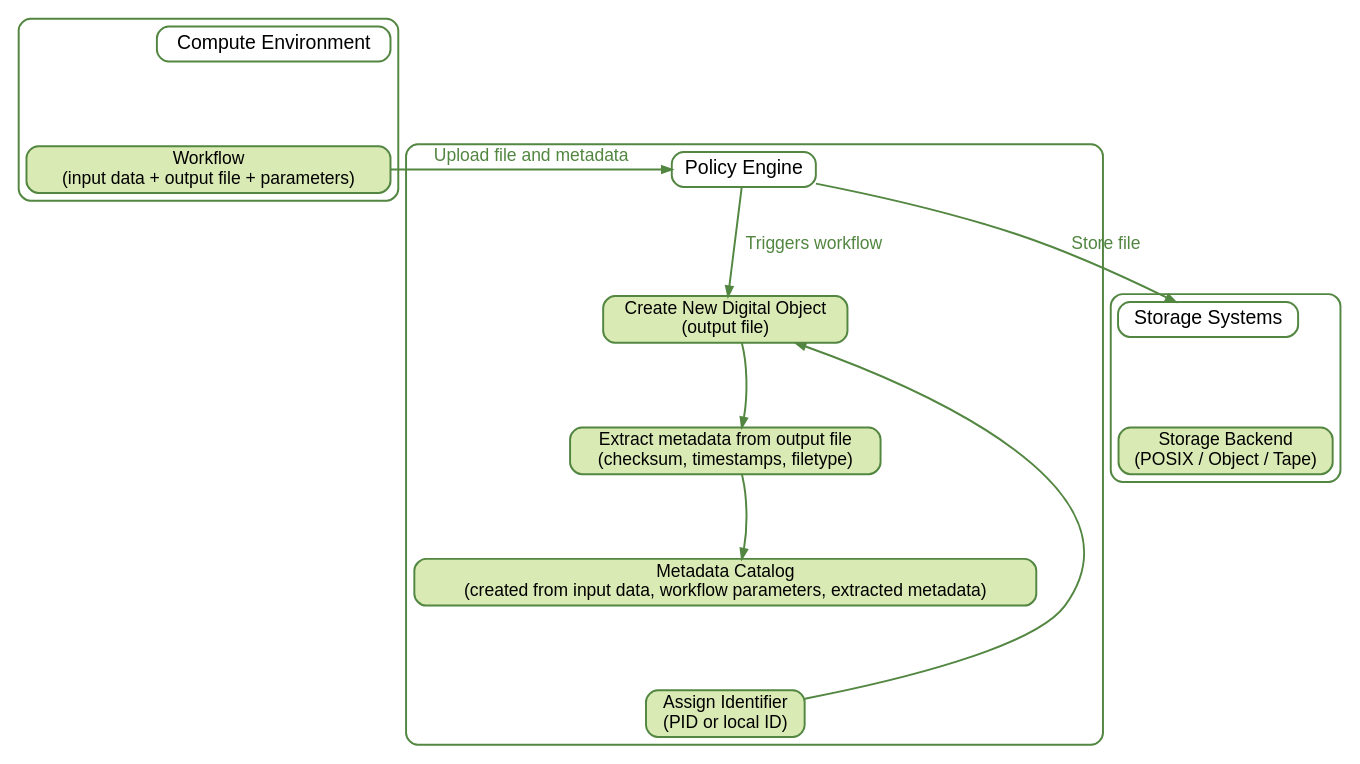
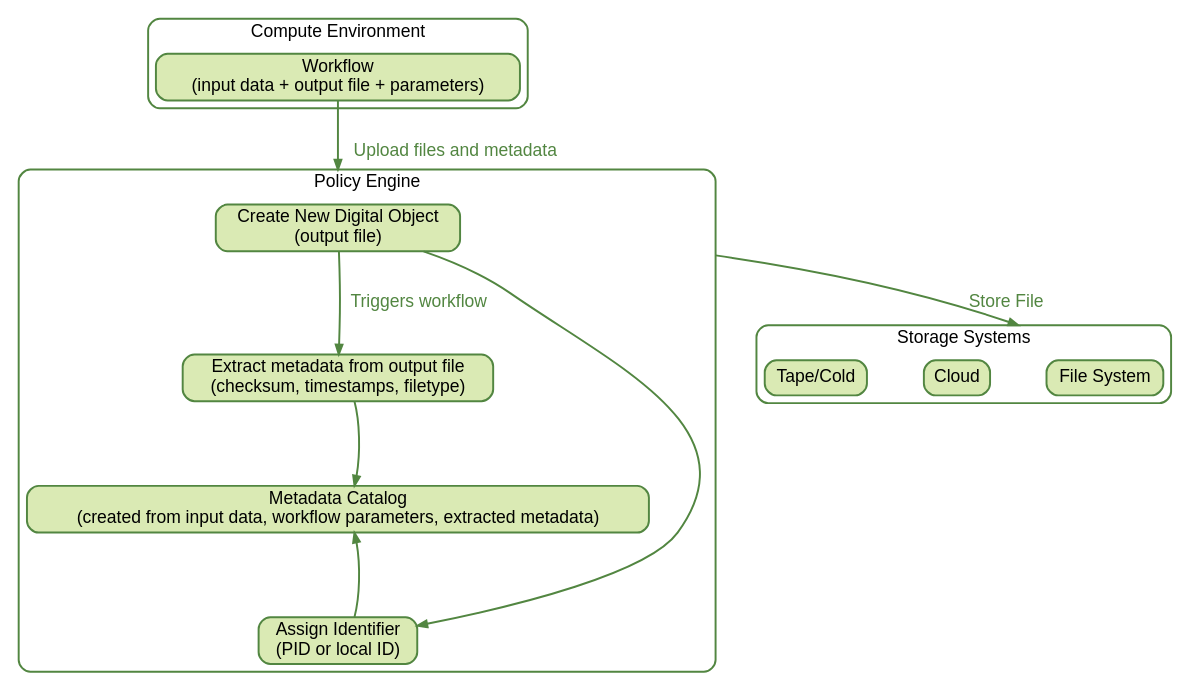
Before and after one commit to chStaiger/rdm-tech-foundations: the fifth of 6 diagrams in book/policy-engines.qmd, drawn with Graphviz. The commit also changed other lines of this file, not shown here.

Commit message:
improve graphs

````diff
--- a/book/policy-engines.qmd
+++ b/book/policy-engines.qmd
@@ -614,7 +534,8 @@
         fontname="Helvetica",
         fontsize=18,
         nodesep=0.8,
-        ranksep=1.2
+        ranksep=1.2,
+        compound=true
     ];
 
     node [
@@ -639,45 +560,22 @@
     // Compute Environment cluster
     // ----------------------------------------------------
     subgraph cluster_compute {
-        label="";
+        label="Compute Environment";
         color="#528641";
         penwidth=2;
         style="rounded";
 
-        ComputeHeader [
-            label="Compute Environment",
-            shape=box,
-            style="rounded",
-            color="#528641",
-            fillcolor="white",
-            penwidth=2,
-            fontsize=20
-        ];
-
         WF [label="Workflow\n(input data + output file + parameters)"];
-
-        // Vertical stacking
-        ComputeHeader -> WF [style=invis, weight=50];
     }
 
     // ----------------------------------------------------
     // Policy Engine cluster
     // ----------------------------------------------------
     subgraph cluster_policy_engine {
-        label="";
+        label="Policy Engine";
         color="#528641";
         penwidth=2;
         style="rounded";
-
-        PEHeader [
-            label="Policy Engine",
-            shape=box,
-            style="rounded",
-            color="#528641",
-            fillcolor="white",
-            penwidth=2,
-            fontsize=20
-        ];
 
         NewObj  [label="Create New Digital Object\n(output file)"];
         Extract [label="Extract metadata from output file\n(checksum, timestamps, filetype)"];
@@ -685,7 +583,6 @@
         ID      [label="Assign Identifier\n(PID or local ID)"];
 
         // Vertical stacking
-        PEHeader -> NewObj  [style=invis, weight=50];
         NewObj   -> Extract [style=invis, weight=50];
         Extract  -> Catalog [style=invis, weight=50];
         Catalog  -> ID      [style=invis, weight=50];
@@ -695,42 +592,25 @@
     // Storage Systems cluster
     // ----------------------------------------------------
     subgraph cluster_storage {
-        label="";
+        label="Storage Systems";
         color="#528641";
         penwidth=2;
         style="rounded";
 
-        StorageHeader [
-            label="Storage Systems",
-            shape=box,
-            style="rounded",
-            color="#528641",
-            fillcolor="white",
-            penwidth=2,
-            fontsize=20
-        ];
-
-        Store [label="Storage Backend\n(POSIX / Object / Tape)"];
-
-        // Vertical stacking
-        StorageHeader -> Store [style=invis, weight=50];
+        Store1 [label="File System"];
+        Store2 [label="Cloud"];
+        Store3 [label="Tape/Cold"];
     }
 
-    // ----------------------------------------------------
-    // Align clusters horizontally (TB mode)
-    // ----------------------------------------------------
-    ComputeHeader -> PEHeader     [style=invis, weight=200];
-    PEHeader      -> StorageHeader [style=invis, weight=200];
 
     // ----------------------------------------------------
     // Visible edges (actual workflow)
     // ----------------------------------------------------
-    WF      -> PEHeader [label="Upload file and metadata"];
-    PEHeader -> StorageHeader [label="Store file"];
-
-    PEHeader -> NewObj [label="Triggers workflow"];
-    NewObj  -> Extract;
-    ID      -> NewObj;
+    WF      -> NewObj [label="Upload files and metadata", lhead="cluster_policy_engine"]; 
+    NewObj  -> Extract [label="Triggers workflow"];
+    NewObj  -> Store1 [label="Store File", ltail="cluster_policy_engine", lhead="cluster_storage"]
+    NewObj  -> ID;
+    ID -> Catalog;
     Extract -> Catalog;
 }    
 ```
````
